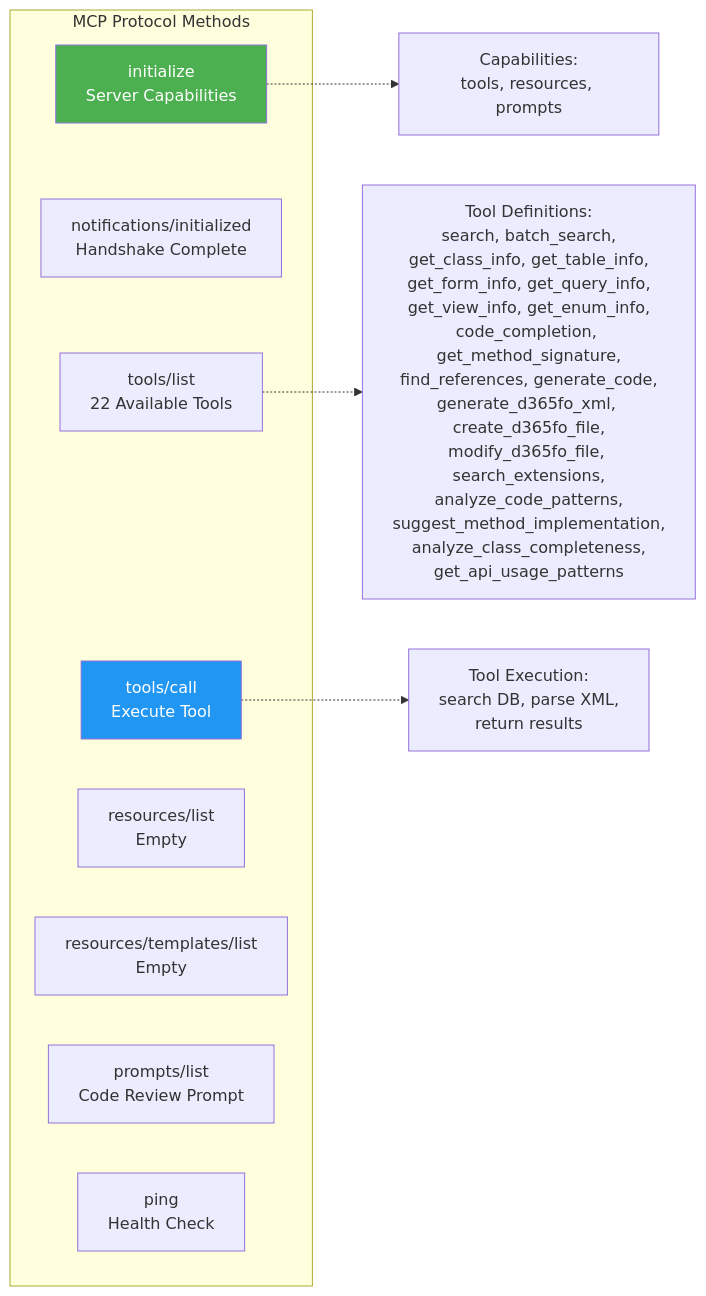
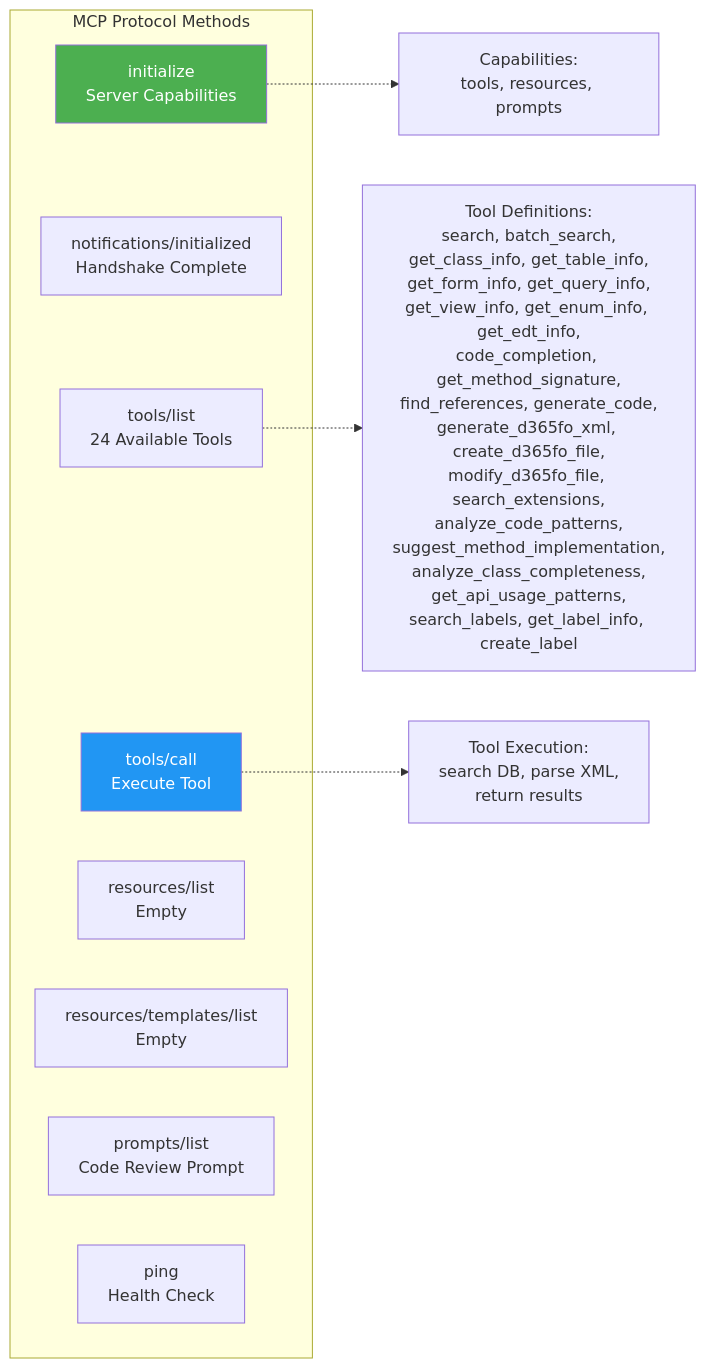
Before and after one commit to tfranczyk/d365fo-mcp-server: the tenth of 17 diagrams in docs/ARCHITECTURE.md, drawn with Mermaid. The commit also changed other lines of this file and 6 other files, not shown here.

````diff
--- a/docs/ARCHITECTURE.md
+++ b/docs/ARCHITECTURE.md
@@ -495,20 +496,20 @@
 ```mermaid
 graph LR
     subgraph "MCP Protocol Methods"
         INIT[initialize<br/>Server Capabilities]
         NOTIFY[notifications/initialized<br/>Handshake Complete]
-        TOOLS_LIST[tools/list<br/>22 Available Tools]
+        TOOLS_LIST[tools/list<br/>24 Available Tools]
         TOOLS_CALL[tools/call<br/>Execute Tool]
         RES_LIST[resources/list<br/>Empty]
         RES_TMPL[resources/templates/list<br/>Empty]
         PROMPT_LIST[prompts/list<br/>Code Review Prompt]
         PING[ping<br/>Health Check]
     end
 
     INIT -.-> CAPS[Capabilities:<br/>tools, resources, prompts]
-    TOOLS_LIST -.-> TOOL_DEFS[Tool Definitions:<br/>search, batch_search,<br/>get_class_info, get_table_info,<br/>get_form_info, get_query_info,<br/>get_view_info, get_enum_info,<br/>code_completion, get_method_signature,<br/>find_references, generate_code,<br/>generate_d365fo_xml, create_d365fo_file,<br/>modify_d365fo_file, search_extensions,<br/>analyze_code_patterns,<br/>suggest_method_implementation,<br/>analyze_class_completeness,<br/>get_api_usage_patterns]
+    TOOLS_LIST -.-> TOOL_DEFS[Tool Definitions:<br/>search, batch_search,<br/>get_class_info, get_table_info,<br/>get_form_info, get_query_info,<br/>get_view_info, get_enum_info, get_edt_info,<br/>code_completion, get_method_signature,<br/>find_references, generate_code,<br/>generate_d365fo_xml, create_d365fo_file,<br/>modify_d365fo_file, search_extensions,<br/>analyze_code_patterns,<br/>suggest_method_implementation,<br/>analyze_class_completeness,<br/>get_api_usage_patterns,<br/>search_labels, get_label_info, create_label]
     TOOLS_CALL -.-> EXEC[Tool Execution:<br/>search DB, parse XML,<br/>return results]
     
     style INIT fill:#4CAF50,color:#fff
     style TOOLS_CALL fill:#2196F3,color:#fff
 ```
````
